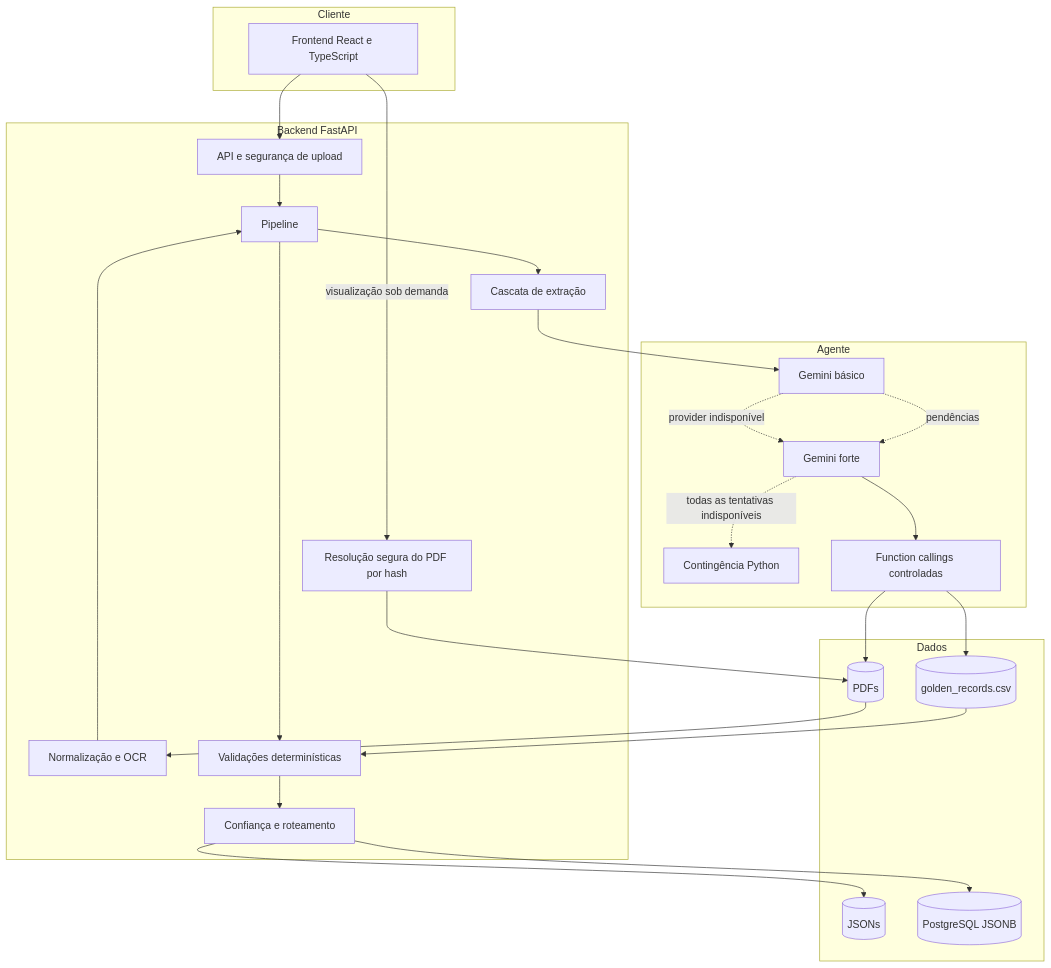
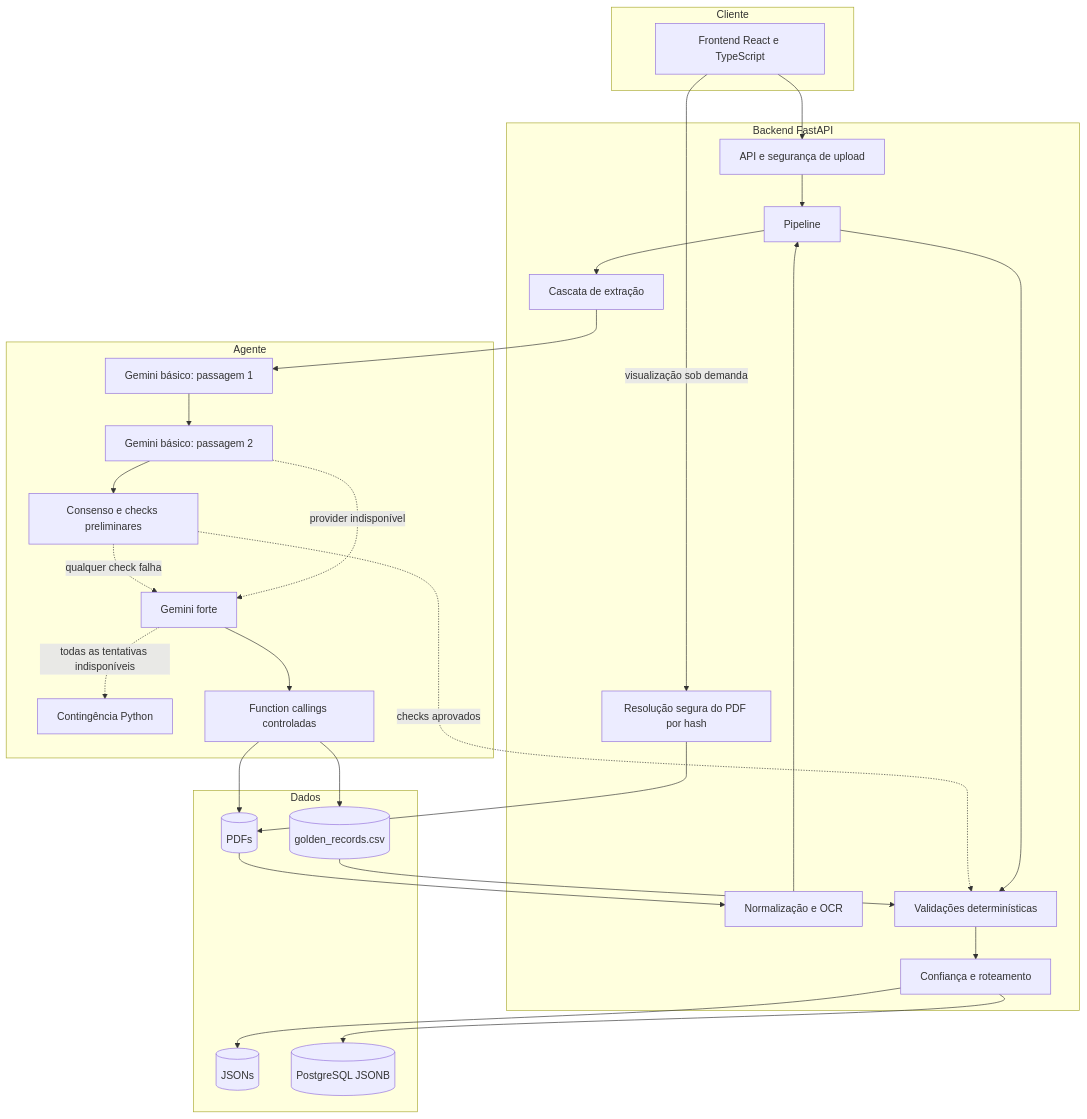
One commit to GMiraaa/fintrace changed the diagram in f_docs/b_architecture/architecture-decisions.md. Above: the diagram before and after it, drawn with Mermaid. The commit also changed other lines of this file and 29 other files, not shown here.

````diff
--- a/f_docs/b_architecture/architecture-decisions.md
+++ b/f_docs/b_architecture/architecture-decisions.md
@@ -8,43 +8,46 @@
 ```mermaid
 flowchart TB
     subgraph Cliente
         FE[Frontend React e TypeScript]
     end
     subgraph Backend FastAPI
         HTTP[API e segurança de upload]
         VIEW[Resolução segura do PDF por hash]
         ORCH[Pipeline]
         PRE[Normalização e OCR]
         EXT[Cascata de extração]
         VAL[Validações determinísticas]
         CR[Confiança e roteamento]
     end
     subgraph Agente
-        BASIC[Gemini básico]
+        BASIC1[Gemini básico: passagem 1]
+        BASIC2[Gemini básico: passagem 2]
+        CHECKS[Consenso e checks preliminares]
         STRONG[Gemini forte]
         PY[Contingência Python]
         FC[Function callings controladas]
     end
     subgraph Dados
         INPUT[(PDFs)]
         GOLDEN[(golden_records.csv)]
         OUTPUT[(JSONs)]
         PG[(PostgreSQL JSONB)]
     end
 
     FE --> HTTP --> ORCH
     FE -->|visualização sob demanda| VIEW
     VIEW --> INPUT
     INPUT --> PRE --> ORCH
     ORCH --> EXT
-    EXT --> BASIC
-    BASIC -. pendências .-> STRONG
-    BASIC -. provider indisponível .-> STRONG
+    EXT --> BASIC1 --> BASIC2 --> CHECKS
+    CHECKS -. qualquer check falha .-> STRONG
+    CHECKS -. checks aprovados .-> VAL
+    BASIC2 -. provider indisponível .-> STRONG
     STRONG -. todas as tentativas indisponíveis .-> PY
     STRONG --> FC
     FC --> GOLDEN
     FC --> INPUT
     ORCH --> VAL --> CR --> OUTPUT
     CR --> PG
     GOLDEN --> VAL
 ```
````
